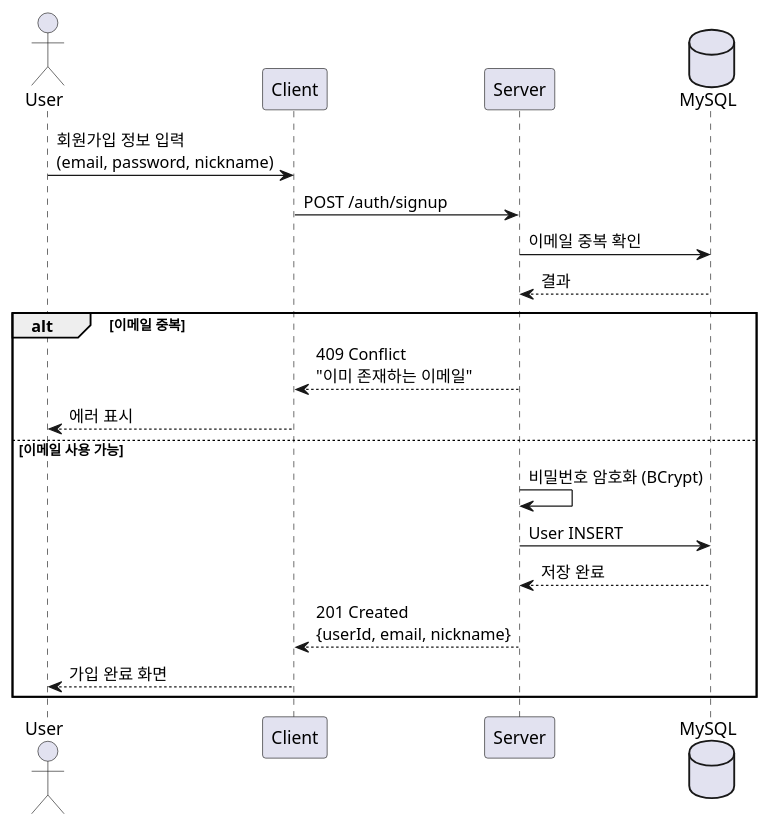
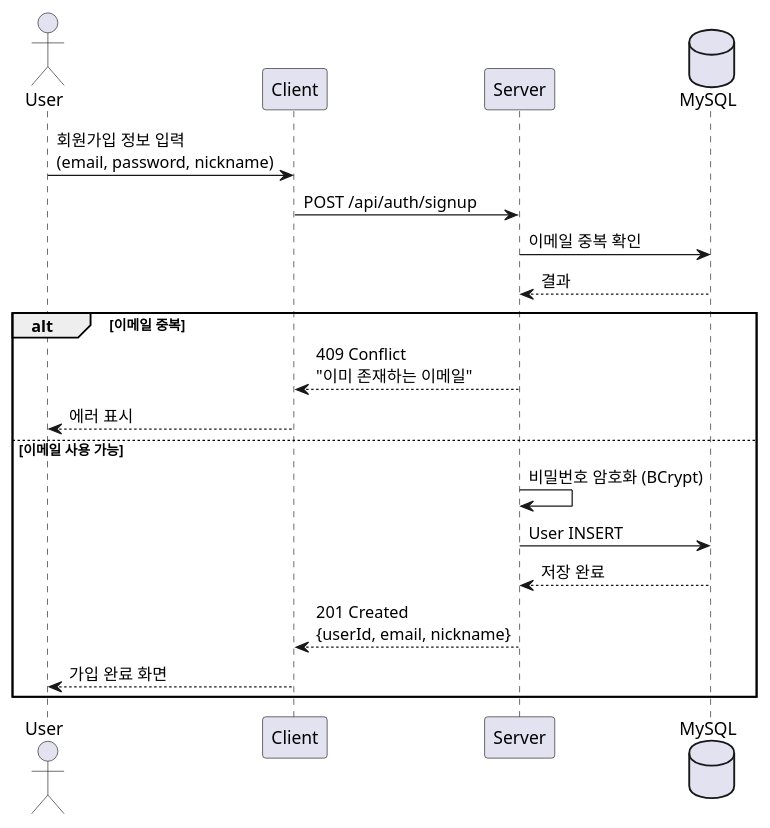
The first of 29 diagrams in docs/sequence-diagram.md (daily-one-page/daily-one-page-backend), drawn with PlantUML before and after one commit. The commit also changed other lines of this file and 38 other files, not shown here.

First line of the commit message:
docs: Sync API spec, ERD, Sequence Diagram and add Postman Collection

````diff
--- a/docs/sequence-diagram.md
+++ b/docs/sequence-diagram.md
@@ -13,25 +13,25 @@
 ```plantuml
 @startuml 회원가입
 actor User
 participant Client
 participant Server
 database MySQL
 
 User -> Client: 회원가입 정보 입력\n(email, password, nickname)
-Client -> Server: POST /auth/signup
+Client -> Server: POST /api/auth/signup
 Server -> MySQL: 이메일 중복 확인
 MySQL --> Server: 결과
 
 alt 이메일 중복
     Server --> Client: 409 Conflict\n"이미 존재하는 이메일"
     Client --> User: 에러 표시
 else 이메일 사용 가능
     Server -> Server: 비밀번호 암호화 (BCrypt)
     Server -> MySQL: User INSERT
     MySQL --> Server: 저장 완료
     Server --> Client: 201 Created\n{userId, email, nickname}
     Client --> User: 가입 완료 화면
 end
 
 @enduml
 ```
````
